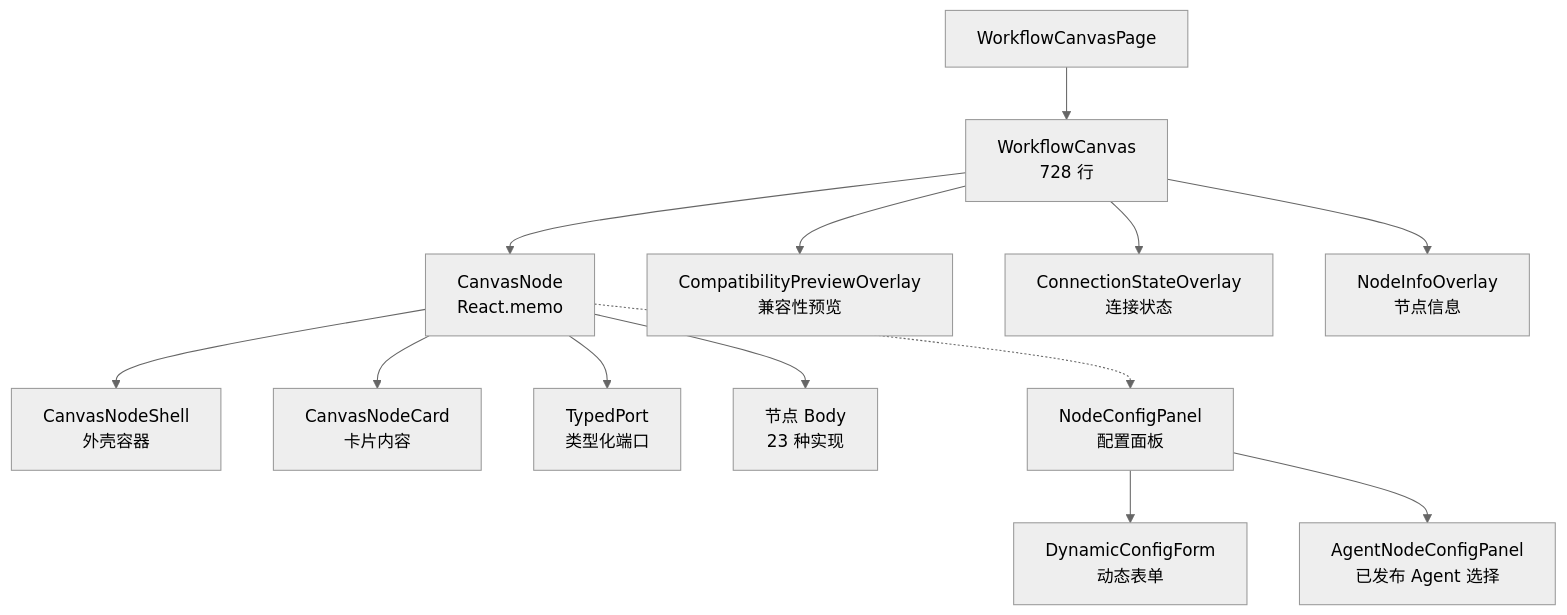
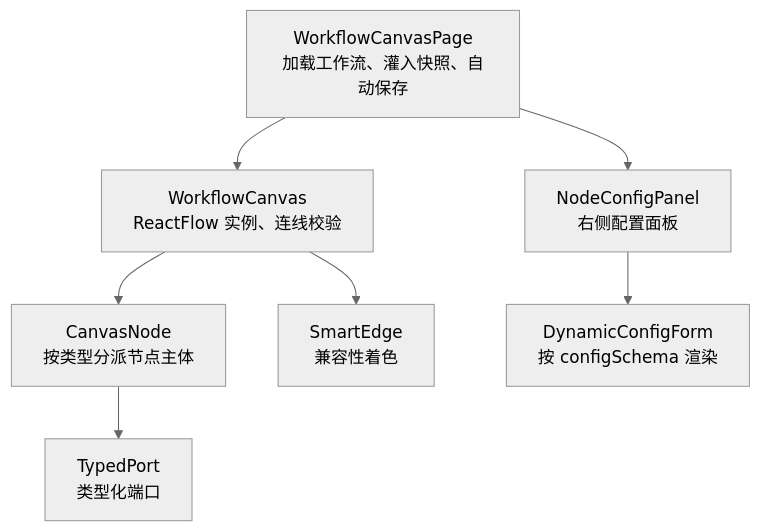
Before and after one commit to Lynricsy/AgentLoom: the first of 2 diagrams in agentloom-docs/dev/studio/canvas.md, drawn with Mermaid (neutral theme). The commit also changed other lines of this file and 3 other files, not shown here.

````diff
--- a/agentloom-docs/dev/studio/canvas.md
+++ b/agentloom-docs/dev/studio/canvas.md
@@ -135,21 +15,17 @@
 ```mermaid
-graph TB
-    WCP[WorkflowCanvasPage]
-    WC[WorkflowCanvas<br/>728 行]
-    CN[CanvasNode<br/>React.memo]
+flowchart TB
+    Page["WorkflowCanvasPage<br/>加载工作流、灌入快照、自动保存"]
+    Canvas["WorkflowCanvas<br/>ReactFlow 实例、连线校验"]
+    Node["CanvasNode<br/>按类型分派节点主体"]
+    Port["TypedPort<br/>类型化端口"]
+    Edge["SmartEdge<br/>兼容性着色"]
+    Panel["NodeConfigPanel<br/>右侧配置面板"]
+    Form["DynamicConfigForm<br/>按 configSchema 渲染"]
 
-    WCP --> WC
-    WC --> CN
-    CN --> Shell[CanvasNodeShell<br/>外壳容器]
-    CN --> Card[CanvasNodeCard<br/>卡片内容]
-    CN --> Port[TypedPort<br/>类型化端口]
-    CN --> Body[节点 Body<br/>23 种实现]
-
-    WC --> Overlay1[CompatibilityPreviewOverlay<br/>兼容性预览]
-    WC --> Overlay2[ConnectionStateOverlay<br/>连接状态]
-    WC --> Overlay3[NodeInfoOverlay<br/>节点信息]
-
-    CN -.-> Panel[NodeConfigPanel<br/>配置面板]
-    Panel --> DynForm[DynamicConfigForm<br/>动态表单]
-    Panel --> AgentPanel[AgentNodeConfigPanel<br/>已发布 Agent 选择]
+    Page --> Canvas
+    Canvas --> Node
+    Node --> Port
+    Canvas --> Edge
+    Page --> Panel
+    Panel --> Form
 ```
````
